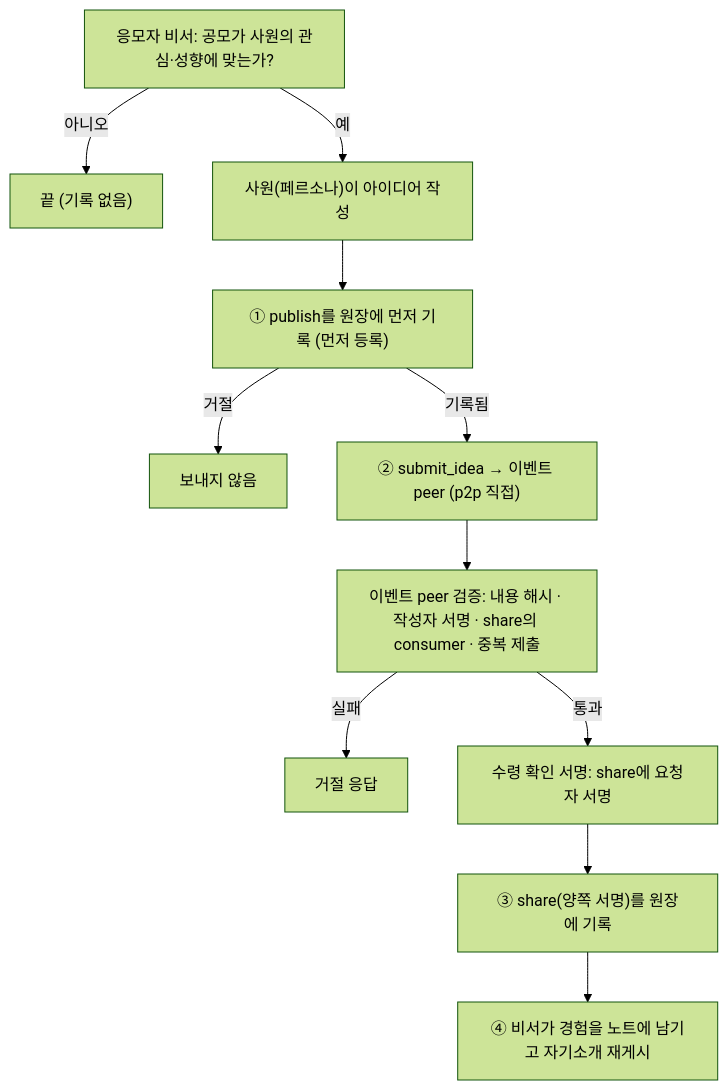
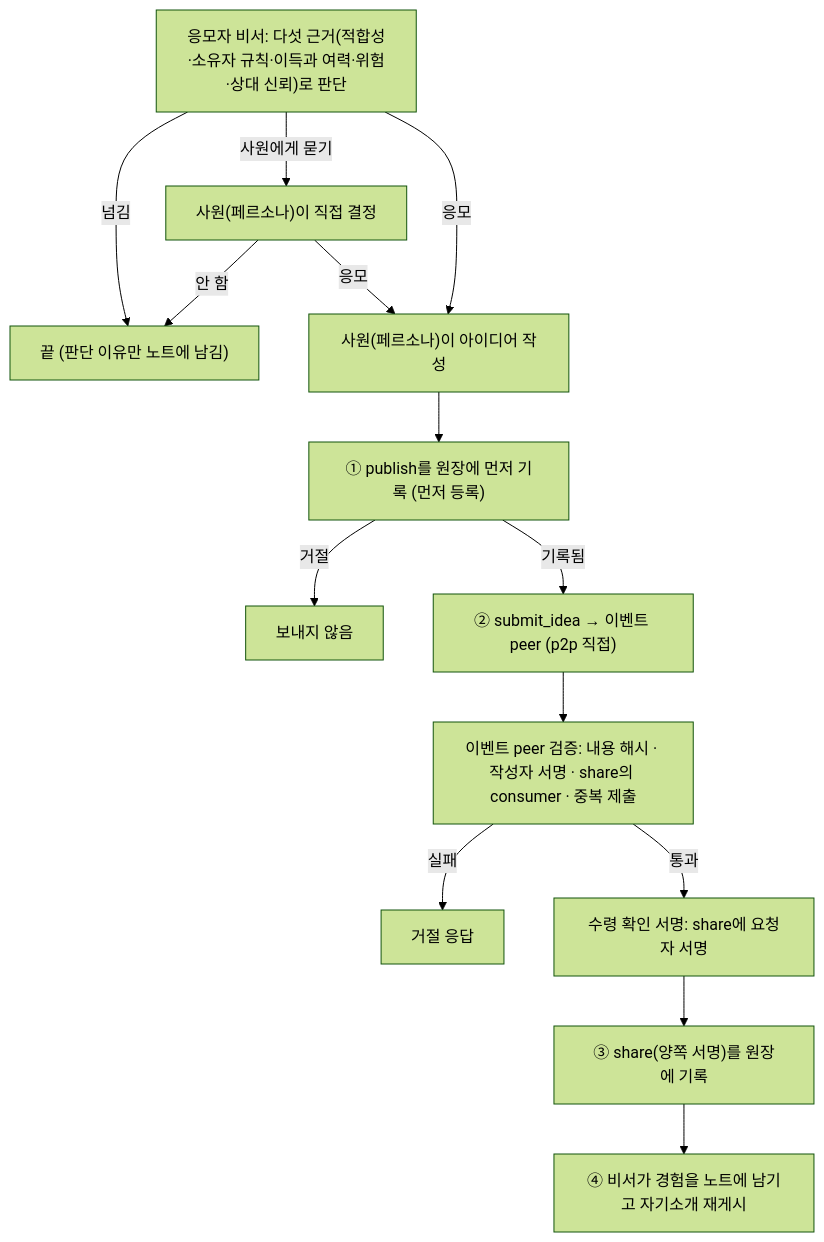
One commit to tanminkwan/share-ur-tokens changed the diagram in docs/a2a-transaction.md. Above: the diagram before and after it, drawn with Mermaid (forest theme). The commit also changed other lines of this file and 11 other files, not shown here.

````diff
--- a/docs/a2a-transaction.md
+++ b/docs/a2a-transaction.md
@@ -25,13 +27,16 @@
 ```mermaid
 flowchart TD
-    A["응모자 비서: 공모가 사원의 관심·성향에 맞는가?"] -->|아니오| Z["끝 (기록 없음)"]
-    A -->|예| B["사원(페르소나)이 아이디어 작성"]
+    A["응모자 비서: 다섯 근거(적합성·소유자 규칙·이득과 여력·위험·상대 신뢰)로 판단"] -->|넘김| Z["끝 (판단 이유만 노트에 남김)"]
+    A -->|사원에게 묻기| Q["사원(페르소나)이 직접 결정"]
+    Q -->|안 함| Z
+    Q -->|응모| B
+    A -->|응모| B["사원(페르소나)이 아이디어 작성"]
     B --> C["① publish를 원장에 먼저 기록 (먼저 등록)"]
     C -->|거절| Z2["보내지 않음"]
     C -->|기록됨| D["② submit_idea → 이벤트 peer (p2p 직접)"]
     D --> E["이벤트 peer 검증: 내용 해시 · 작성자 서명 · share의 consumer · 중복 제출"]
     E -->|실패| Z3["거절 응답"]
     E -->|통과| F["수령 확인 서명: share에 요청자 서명"]
     F --> G["③ share(양쪽 서명)를 원장에 기록"]
     G --> H["④ 비서가 경험을 노트에 남기고 자기소개 재게시"]
 ```
````
